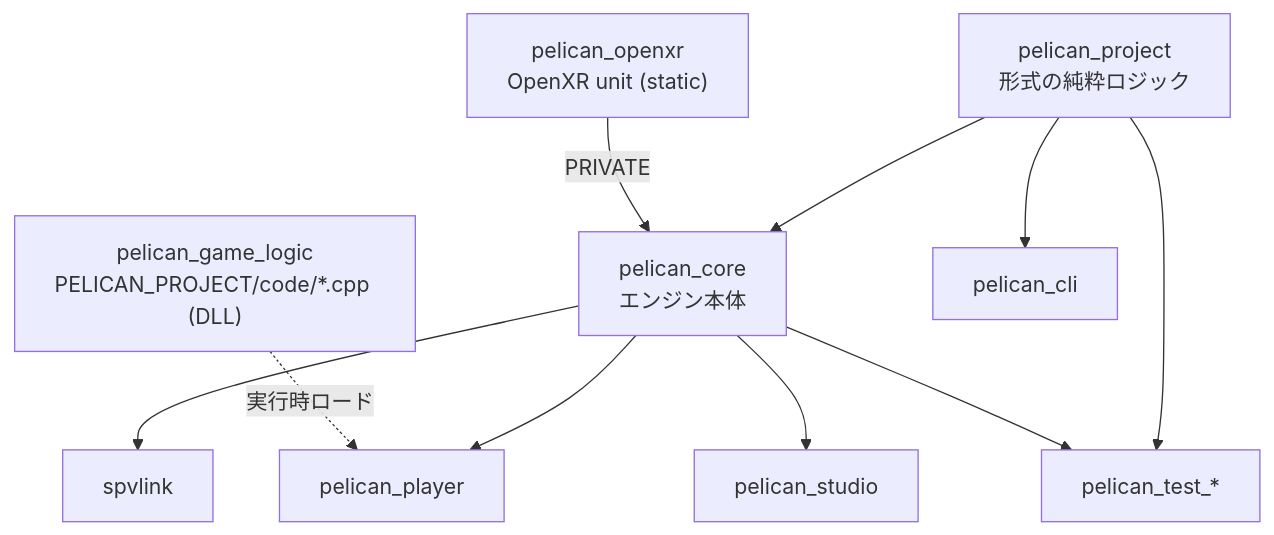
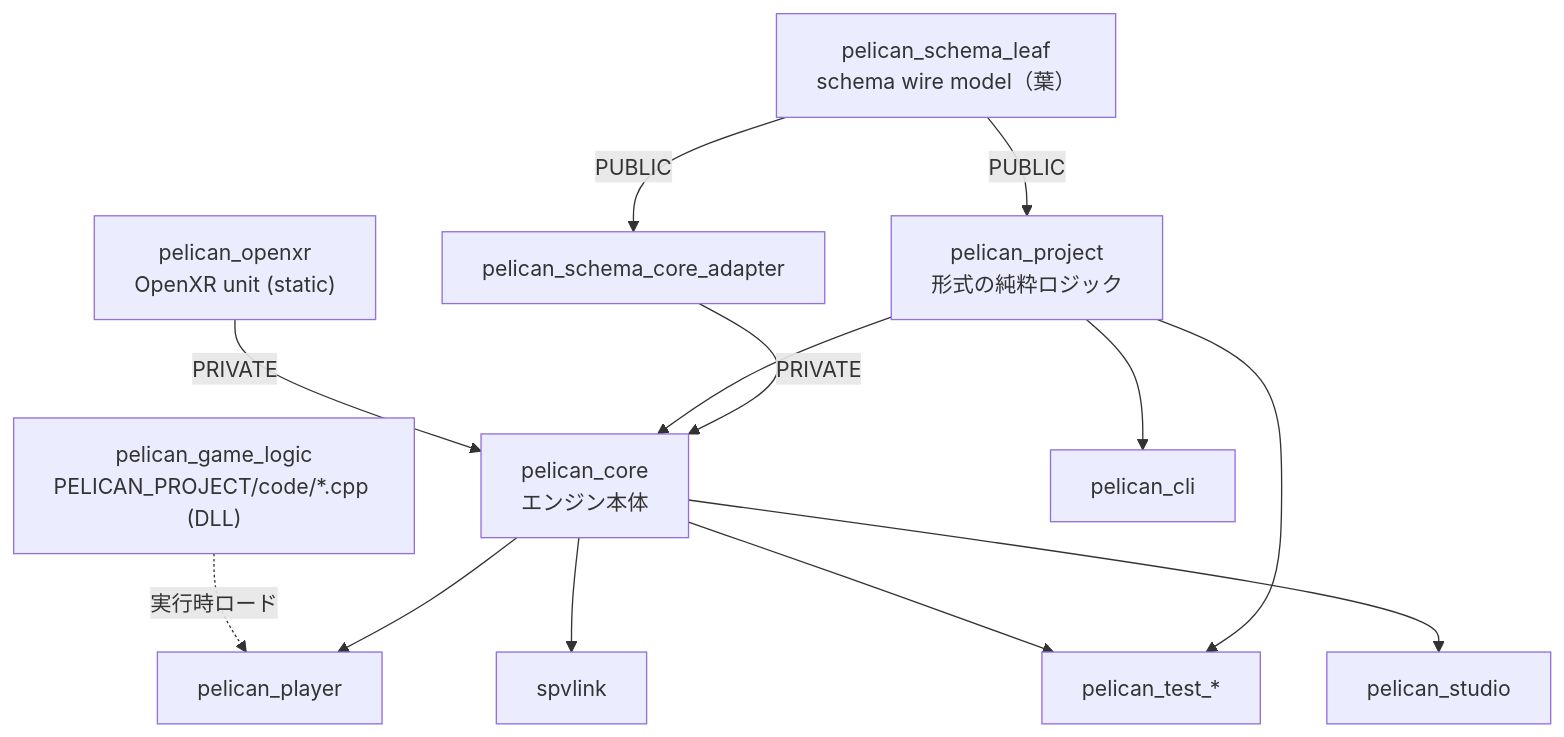
Before and after one commit to pelican-games/peligraph: the diagram in docs/source-code-guide/01_architecture_and_build.md, drawn with Mermaid. The commit also changed other lines of this file and 24 other files, not shown here.

````diff
--- a/docs/source-code-guide/01_architecture_and_build.md
+++ b/docs/source-code-guide/01_architecture_and_build.md
@@ -22,22 +22,27 @@
 ```mermaid
 flowchart TD
+    SchemaLeaf["pelican_schema_leaf\nschema wire model（葉）"]
+    SchemaAdapter["pelican_schema_core_adapter"]
     ProjectLib["pelican_project\n形式の純粋ロジック"]
     CoreLib["pelican_core\nエンジン本体"]
     OpenXRLib["pelican_openxr\nOpenXR unit (static)"]
     Player["pelican_player"]
     GameDLL["pelican_game_logic\nPELICAN_PROJECT/code/*.cpp (DLL)"]
     CLI["pelican_cli"]
     SpvLink["spvlink"]
     Studio["pelican_studio"]
     Tests["pelican_test_*"]
 
+    SchemaLeaf -->|PUBLIC| ProjectLib
+    SchemaLeaf -->|PUBLIC| SchemaAdapter
+    SchemaAdapter -->|PRIVATE| CoreLib
     ProjectLib --> CoreLib
     OpenXRLib -->|PRIVATE| CoreLib
     CoreLib --> Player
     GameDLL -.->|実行時ロード| Player
     ProjectLib --> CLI
     CoreLib --> SpvLink
     CoreLib --> Studio
     ProjectLib --> Tests
     CoreLib --> Tests
 ```
````
